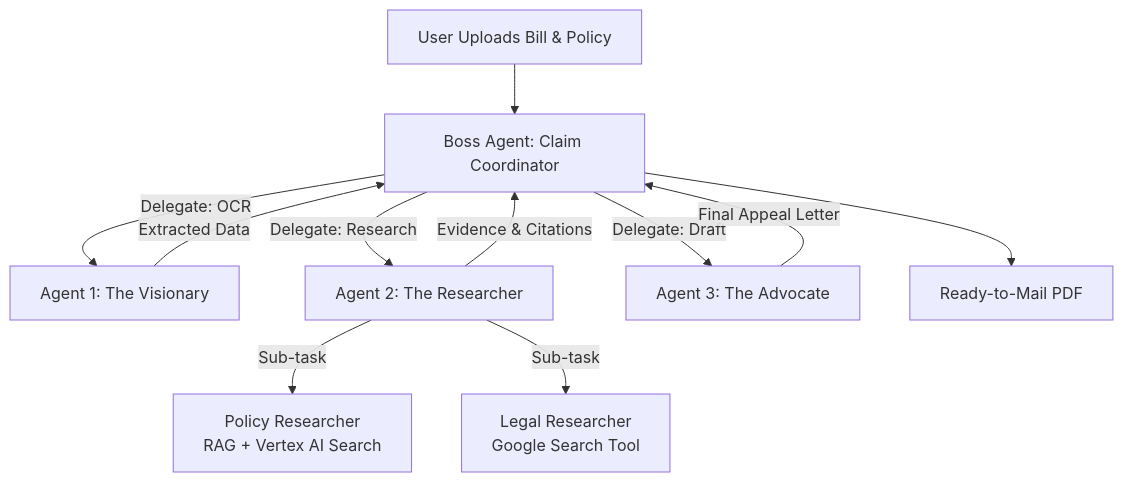
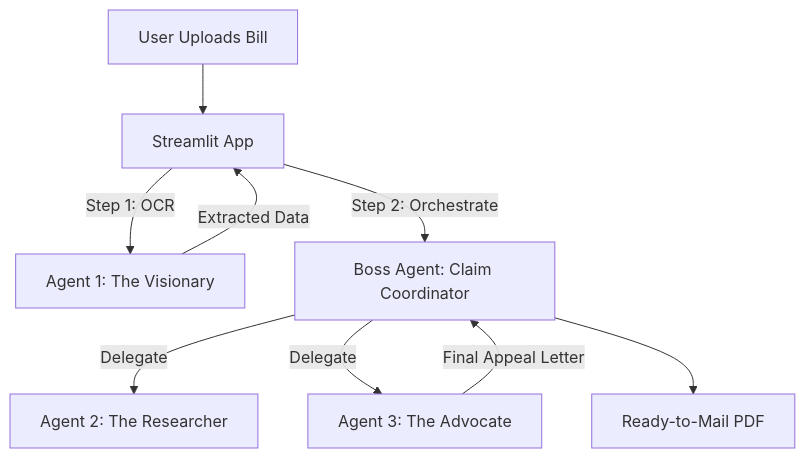
Before and after one commit to jusdal/claim-compass: the diagram in README.md, drawn with Mermaid. The commit also changed other lines of this file, not shown here.

First line of the commit message:
Revise README with architecture and deployment info

````diff
--- a/README.md
+++ b/README.md
@@ -24,13 +24,11 @@
 ```mermaid
 graph TD
-    User[User Uploads Bill & Policy] --> Boss[Boss Agent: Claim Coordinator]
-    Boss -->|Delegate: OCR| Agent1[Agent 1: The Visionary]
-    Agent1 -->|Extracted Data| Boss
-    Boss -->|Delegate: Research| Agent2[Agent 2: The Researcher]
-    Agent2 -->|Sub-task| Agent2a[Policy Researcher<br>RAG + Vertex AI Search]
-    Agent2 -->|Sub-task| Agent2b[Legal Researcher<br>Google Search Tool]
-    Agent2 -->|Evidence & Citations| Boss
-    Boss -->|Delegate: Draft| Agent3[Agent 3: The Advocate]
+    User[User Uploads Bill] --> Frontend[Streamlit App]
+    Frontend -->|Step 1: OCR| Agent1[Agent 1: The Visionary]
+    Agent1 -->|Extracted Data| Frontend
+    Frontend -->|Step 2: Orchestrate| Boss[Boss Agent: Claim Coordinator]
+    Boss -->|Delegate| Agent2[Agent 2: The Researcher]
+    Boss -->|Delegate| Agent3[Agent 3: The Advocate]
     Agent3 -->|Final Appeal Letter| Boss
     Boss --> Result[Ready-to-Mail PDF]
 ```
````
